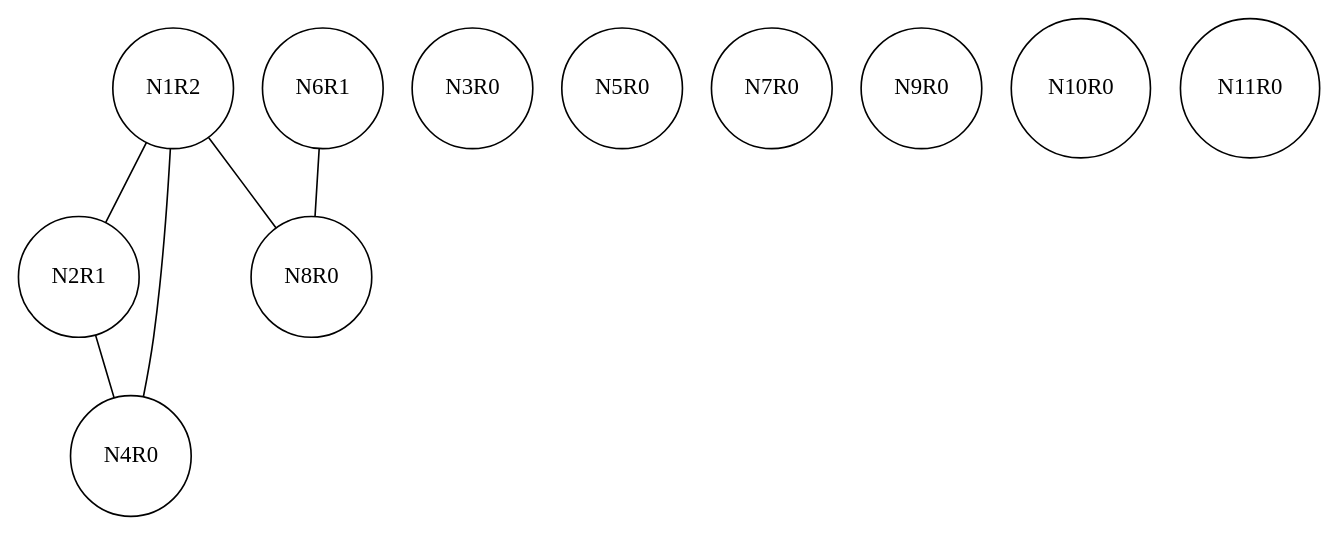
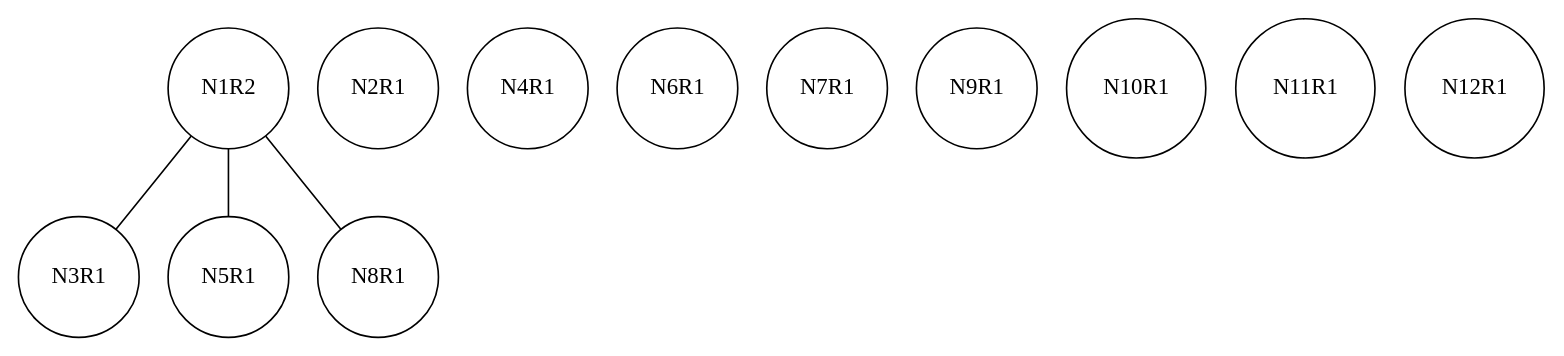
Before and after one commit to chris-wood/PL241-Compiler: the diagram in project/caw001.txt.ig.dot, drawn with Graphviz. The commit also changed 17 other files, not shown here.

```diff
--- a/project/caw001.txt.ig.dot
+++ b/project/caw001.txt.ig.dot
@@ -1,19 +1,18 @@
 graph ig {
     node [shape = circle];
     N1R2;
     N2R1;
-    N3R0;
-    N4R0;
-    N5R0;
+    N3R1;
+    N4R1;
+    N5R1;
     N6R1;
-    N7R0;
-    N8R0;
-    N9R0;
-    N10R0;
-    N11R0;
-    N1R2 -- N8R0;
-    N1R2 -- N4R0;
-    N1R2 -- N2R1;
-    N2R1 -- N4R0;
-    N6R1 -- N8R0;
+    N7R1;
+    N8R1;
+    N9R1;
+    N10R1;
+    N11R1;
+    N12R1;
+    N1R2 -- N5R1;
+    N1R2 -- N3R1;
+    N1R2 -- N8R1;
 }
```
